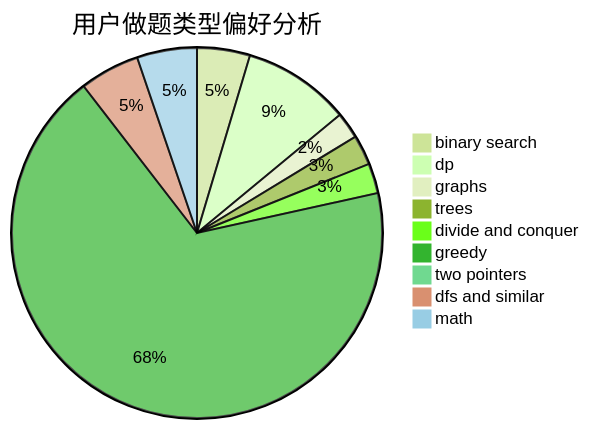
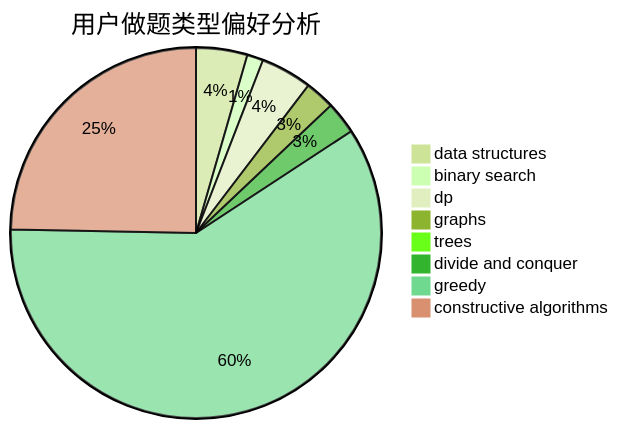
Before and after one commit to sherpahu/cfrs.github.io: the second of 3 diagrams in docs/user/u1093.md, drawn with Mermaid (forest theme). The commit also changed other lines of this file and 2775 other files, not shown here.

````diff
--- a/docs/user/u1093.md
+++ b/docs/user/u1093.md
@@ -23,12 +23,11 @@
 ```mermaid
 pie title 用户做题类型偏好分析
-    "binary search" :  30
-    "dp" :  61
-    "graphs" :  15
-    "trees" :  17
-    "divide and conquer" :  17
-    "greedy" :  442
-    "two pointers" :  4
-    "dfs and similar" :  34
-    "math" :  34
+    "data structures" :  19
+    "binary search" :  6
+    "dp" :  19
+    "graphs" :  11
+    "trees" :  0
+    "divide and conquer" :  12
+    "greedy" :  253
+    "constructive algorithms" :  105
 ```
````
